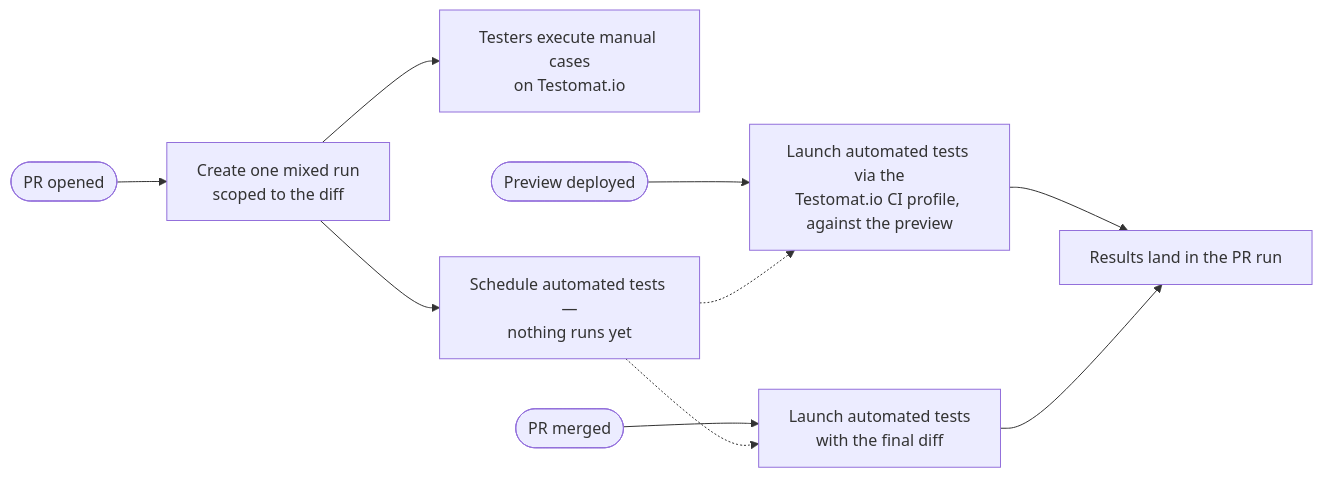
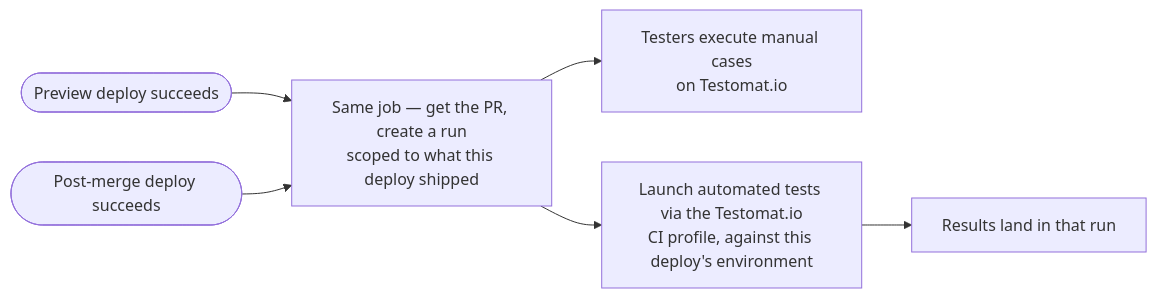
The second of 2 diagrams in skills/setup-change-aware-pr-testing/SKILL.md (testomatio/skills), drawn with Mermaid before and after one commit. The commit also changed other lines of this file and 2 other files, not shown here.

First line of the commit message:
Single-stage PR testing: create the run after the deploy

````diff
--- a/skills/setup-change-aware-pr-testing/SKILL.md
+++ b/skills/setup-change-aware-pr-testing/SKILL.md
@@ -113,12 +112,9 @@
 ```mermaid
 flowchart LR
-    PR([PR opened]) --> RUN[Create one mixed run<br/>scoped to the diff]
-    RUN --> TESTERS[Testers execute manual cases<br/>on Testomat.io]
-    RUN --> SCHED[Schedule automated tests —<br/>nothing runs yet]
-    PREV([Preview deployed]) --> L1[Launch automated tests via the<br/>Testomat.io CI profile, against the preview]
-    MERGE([PR merged]) --> L2[Launch automated tests<br/>with the final diff]
-    SCHED -.-> L1
-    SCHED -.-> L2
-    L1 --> RES[Results land in the PR run]
-    L2 --> RES
+    PREV([Preview deploy succeeds]) --> JOB
+    STG([Post-merge deploy succeeds]) --> JOB
+    JOB[Same job — get the PR, create a run<br/>scoped to what this deploy shipped]
+    JOB --> TESTERS[Testers execute manual cases<br/>on Testomat.io]
+    JOB --> L1[Launch automated tests via the Testomat.io<br/>CI profile, against this deploy's environment]
+    L1 --> RES[Results land in that run]
 ```
````
